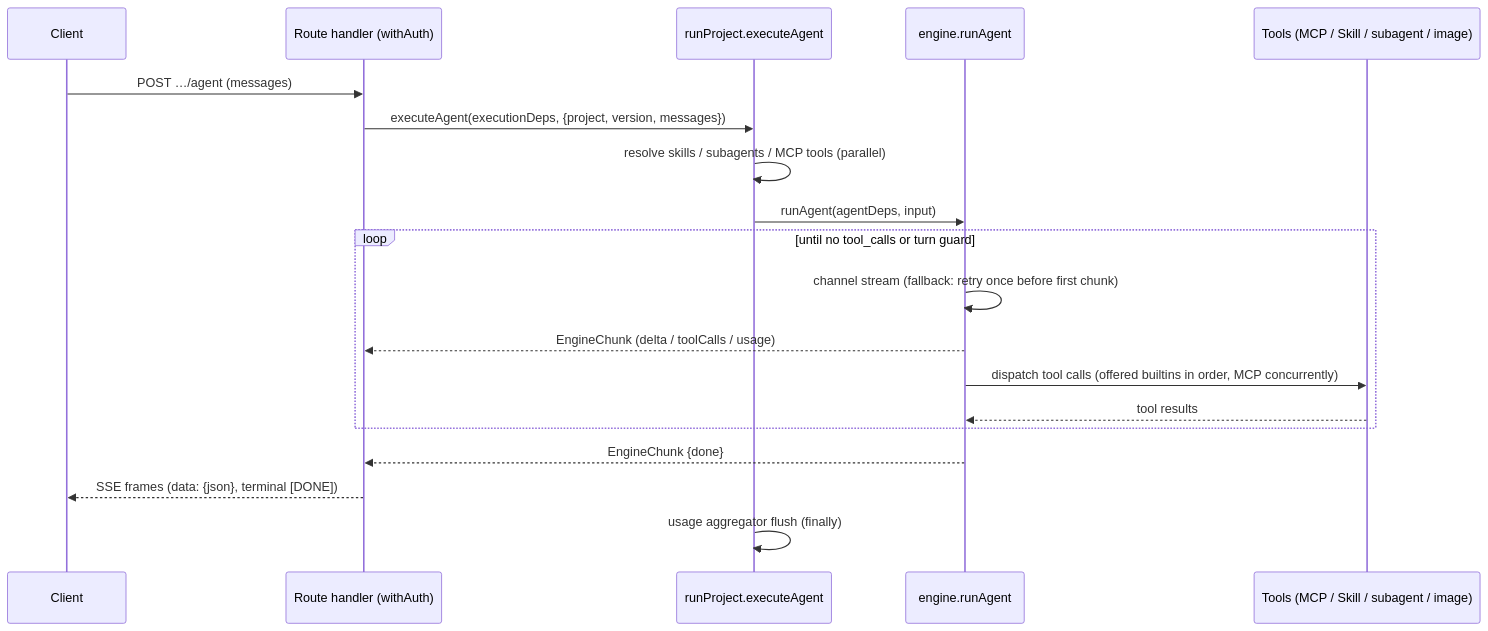
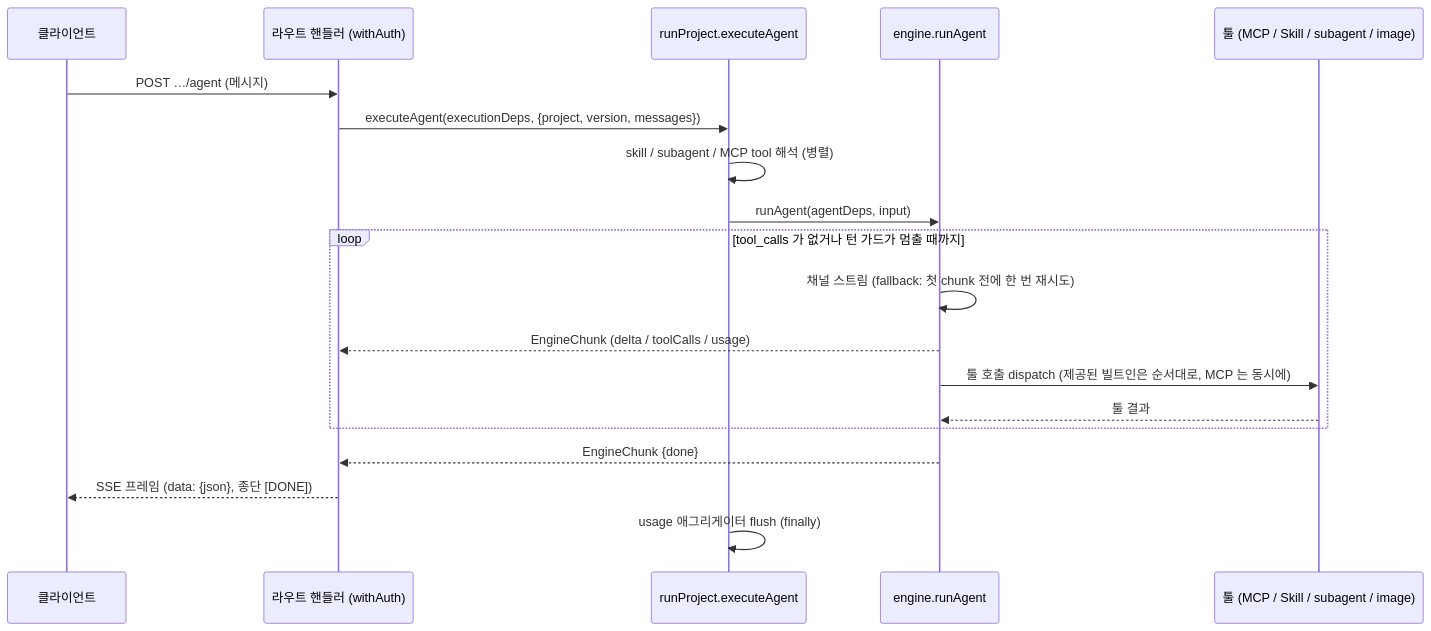
Before and after one commit to opspresso/agent-studio: the third of 4 diagrams in docs/ARCHITECTURE.md, drawn with Mermaid. The commit also changed other lines of this file and 21 other files, not shown here.

````diff
--- a/docs/ARCHITECTURE.md
+++ b/docs/ARCHITECTURE.md
@@ -477,21 +474,21 @@
 ```mermaid
 sequenceDiagram
-  participant C as Client
-  participant R as Route handler (withAuth)
+  participant C as 클라이언트
+  participant R as 라우트 핸들러 (withAuth)
   participant X as runProject.executeAgent
   participant E as engine.runAgent
-  participant T as Tools (MCP / Skill / subagent / image)
-  C->>R: POST …/agent (messages)
+  participant T as 툴 (MCP / Skill / subagent / image)
+  C->>R: POST …/agent (메시지)
   R->>X: executeAgent(executionDeps, {project, version, messages})
-  X->>X: resolve skills / subagents / MCP tools (parallel)
+  X->>X: skill / subagent / MCP tool 해석 (병렬)
   X->>E: runAgent(agentDeps, input)
-  loop until no tool_calls or turn guard
-    E->>E: channel stream (fallback: retry once before first chunk)
+  loop tool_calls 가 없거나 턴 가드가 멈출 때까지
+    E->>E: 채널 스트림 (fallback: 첫 chunk 전에 한 번 재시도)
     E-->>R: EngineChunk (delta / toolCalls / usage)
-    E->>T: dispatch tool calls (offered builtins in order, MCP concurrently)
-    T-->>E: tool results
+    E->>T: 툴 호출 dispatch (제공된 빌트인은 순서대로, MCP 는 동시에)
+    T-->>E: 툴 결과
   end
   E-->>R: EngineChunk {done}
-  R-->>C: SSE frames (data: {json}, terminal [DONE])
-  X->>X: usage aggregator flush (finally)
+  R-->>C: SSE 프레임 (data: {json}, 종단 [DONE])
+  X->>X: usage 애그리게이터 flush (finally)
 ```
````
